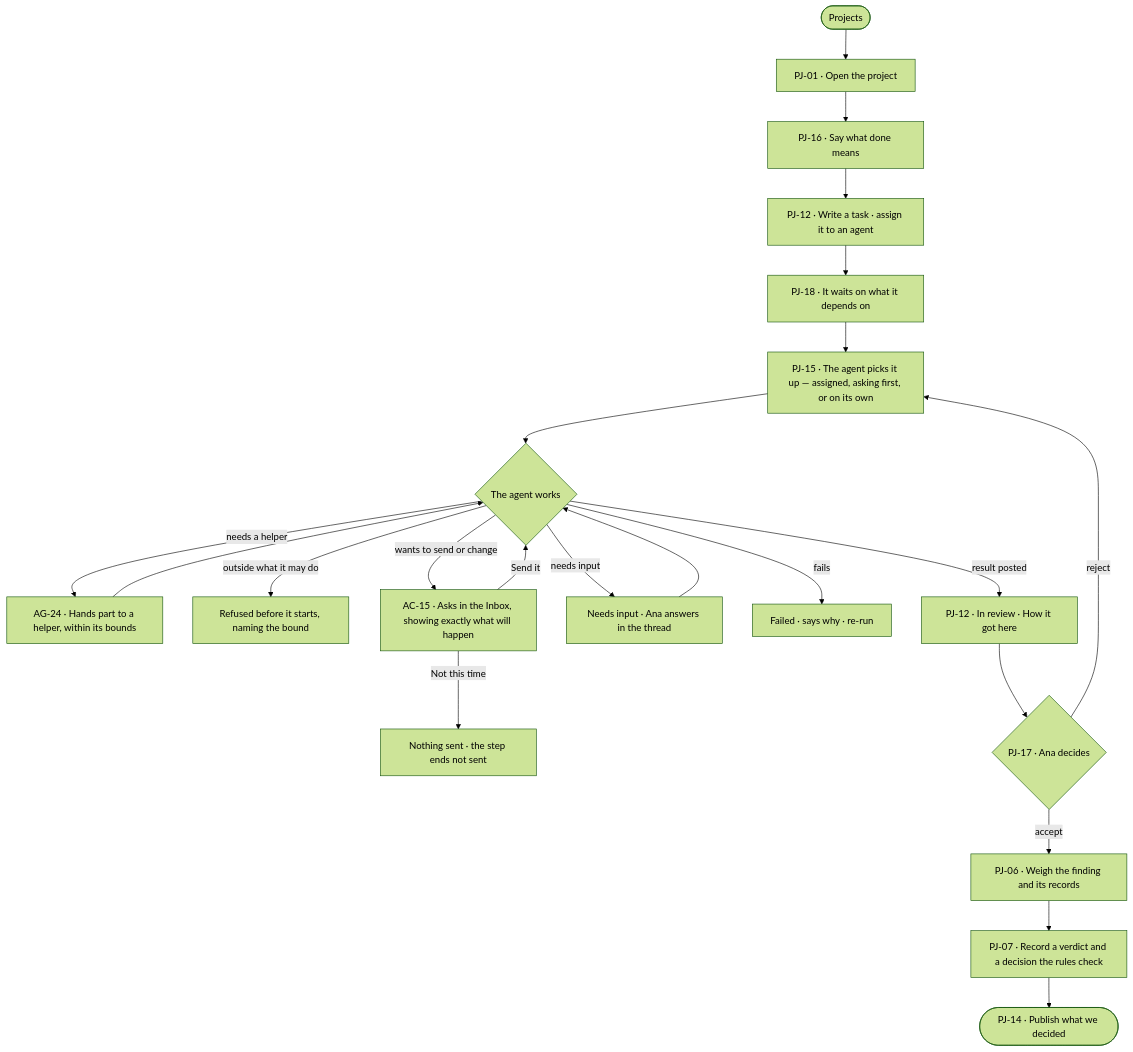
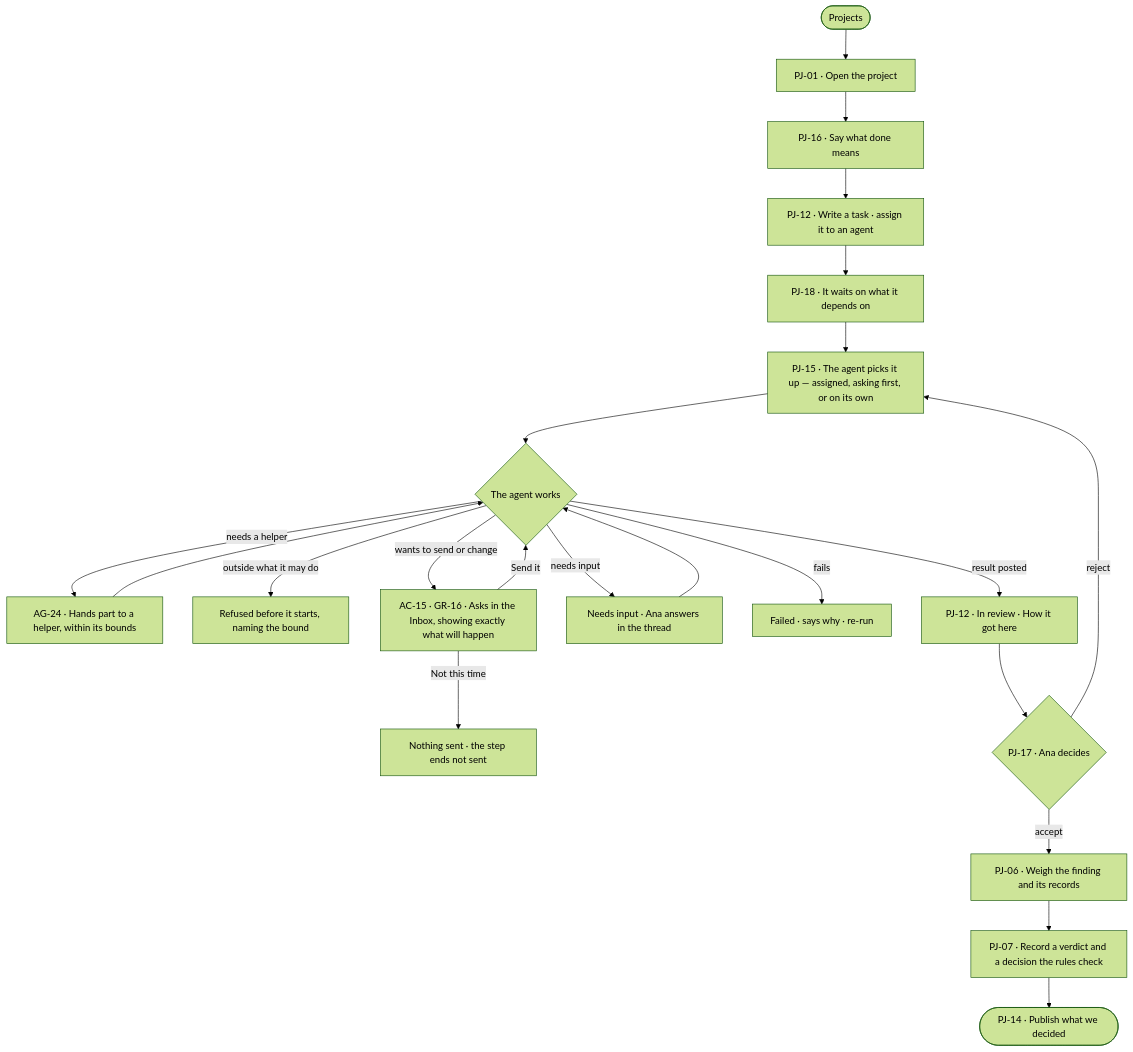
Before and after one commit to invana/invana: the diagram in specs/journeys/J03-give-an-agent-work-and-decide-on-the-result.md, drawn with Mermaid (forest theme). The commit also changed other lines of this file and 637 other files, not shown here.

````diff
--- a/specs/journeys/J03-give-an-agent-work-and-decide-on-the-result.md
+++ b/specs/journeys/J03-give-an-agent-work-and-decide-on-the-result.md
@@ -16,22 +16,22 @@
 ```mermaid
 flowchart TD
   A([Projects]) --> B["PJ-01 · Open the project"]
   B --> C["PJ-16 · Say what done means"]
   C --> D["PJ-12 · Write a task · assign it to an agent"]
   D --> D2["PJ-18 · It waits on what it depends on"]
   D2 --> E["PJ-15 · The agent picks it up — assigned, asking first, or on its own"]
   E --> F{"The agent works"}
   F -->|needs a helper| G["AG-24 · Hands part to a helper, within its bounds"] --> F
   F -->|outside what it may do| R["Refused before it starts, naming the bound"]
-  F -->|wants to send or change| H["AC-15 · Asks in the Inbox, showing exactly what will happen"]
+  F -->|wants to send or change| H["AC-15 · GR-16 · Asks in the Inbox, showing exactly what will happen"]
   H -->|Send it| F
   H -->|Not this time| F2["Nothing sent · the step ends not sent"]
   F -->|needs input| NI["Needs input · Ana answers in the thread"] --> F
   F -->|fails| FL["Failed · says why · re-run"]
   F -->|result posted| I["PJ-12 · In review · How it got here"]
   I --> J{"PJ-17 · Ana decides"}
   J -->|reject| E
   J -->|accept| K["PJ-06 · Weigh the finding and its records"]
   K --> L["PJ-07 · Record a verdict and a decision the rules check"]
   L --> M(["PJ-14 · Publish what we decided"])
 ```
````
